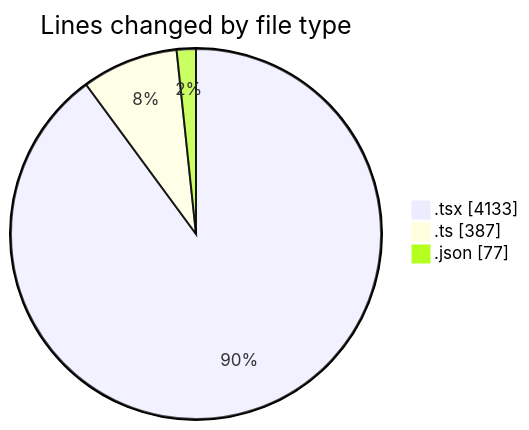
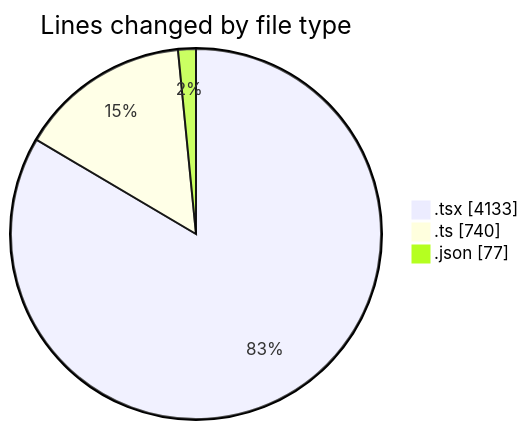
Before and after one commit to nxtqubesakshisongat/code-tracking: the first of 2 diagrams in 2026-03-22/nxtqube_webapp/README.md, drawn with Mermaid. The commit also changed other lines of this file and 1 other file, not shown here.

````diff
--- a/2026-03-22/nxtqube_webapp/README.md
+++ b/2026-03-22/nxtqube_webapp/README.md
@@ -32,7 +33,7 @@
 ```mermaid
 pie showData
 title Lines changed by file type
 ".tsx" : 4133
-".ts" : 387
+".ts" : 740
 ".json" : 77
 ```
````
